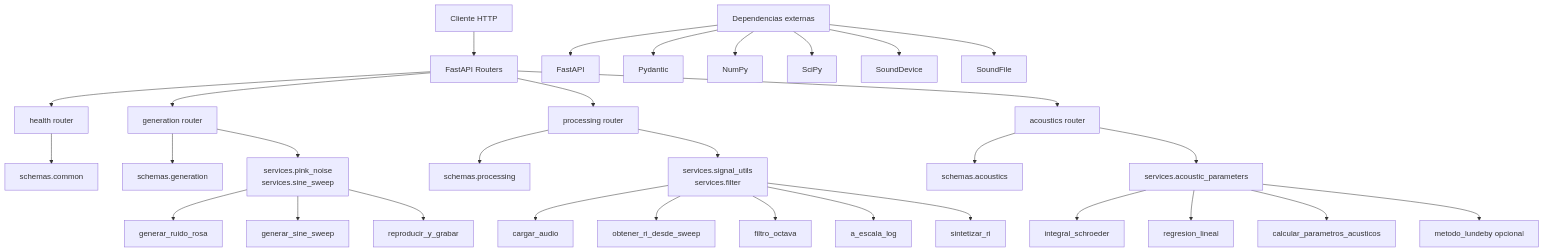
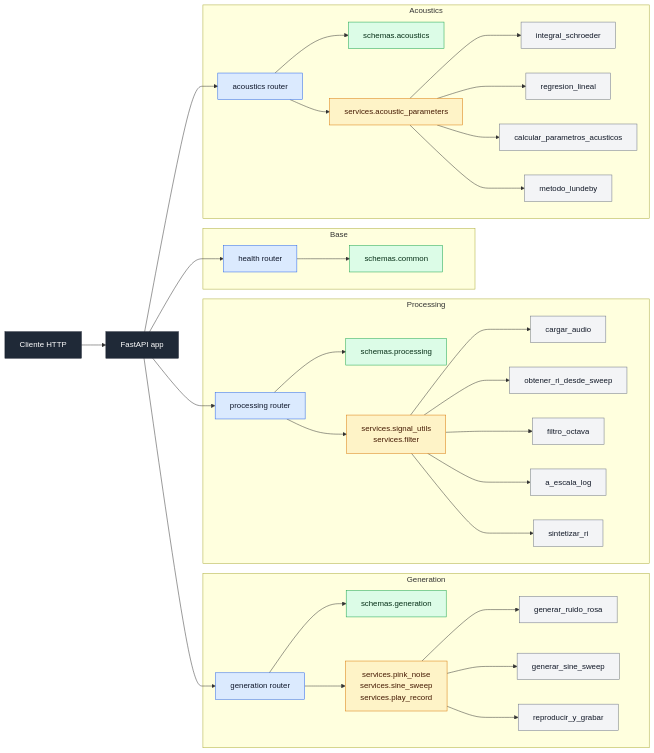
The diagram in README.md (nahueRosso/rir-api), drawn with Mermaid before and after one commit. The commit also changed other lines of this file, not shown here.

````diff
--- a/README.md
+++ b/README.md
@@ -135,40 +161,81 @@
 ```mermaid
-graph TD
-    C[Cliente HTTP] --> R[FastAPI Routers]
-
-    R --> RH[health router]
-    R --> RG[generation router]
-    R --> RP[processing router]
-    R --> RA[acoustics router]
-
-    RH --> SCHC[schemas.common]
-    RG --> SCHG[schemas.generation]
-    RP --> SCHP[schemas.processing]
-    RA --> SCHA[schemas.acoustics]
-
-    RG --> SG[services.pink_noise<br/>services.sine_sweep]
-    RP --> SP[services.signal_utils<br/>services.filter]
-    RA --> SA[services.acoustic_parameters]
-
-    SG --> G1[generar_ruido_rosa]
-    SG --> G2[generar_sine_sweep]
-    SG --> G3[reproducir_y_grabar]
-
-    SP --> P1[cargar_audio]
-    SP --> P2[obtener_ri_desde_sweep]
-    SP --> P3[filtro_octava]
-    SP --> P4[a_escala_log]
-    SP --> P5[sintetizar_ri]
-
-    SA --> A1[integral_schroeder]
-    SA --> A2[regresion_lineal]
-    SA --> A3[calcular_parametros_acusticos]
-    SA --> A4[metodo_lundeby opcional]
-
-    D[Dependencias externas] --> F[FastAPI]
-    D --> PY[Pydantic]
-    D --> NP[NumPy]
-    D --> SC[SciPy]
-    D --> SD[SoundDevice]
-    D --> SF[SoundFile]
+flowchart LR
+    CLIENTE[Cliente HTTP]
+    API[FastAPI app]
+ 
+    CLIENTE --> API
+ 
+    subgraph BASE[Base]
+        RH[health router]
+        SCHC[schemas.common]
+        RH --> SCHC
+    end
+ 
+    subgraph GEN[Generation]
+        RG[generation router]
+        SCHG[schemas.generation]
+        SG[services.pink_noise<br/>services.sine_sweep<br/>services.play_record]
+        G1[generar_ruido_rosa]
+        G2[generar_sine_sweep]
+        G3[reproducir_y_grabar]
+ 
+        RG --> SCHG
+        RG --> SG
+        SG --> G1
+        SG --> G2
+        SG --> G3
+    end
+ 
+    subgraph PROC[Processing]
+        RP[processing router]
+        SCHP[schemas.processing]
+        SP[services.signal_utils<br/>services.filter]
+        P1[cargar_audio]
+        P2[obtener_ri_desde_sweep]
+        P3[filtro_octava]
+        P4[a_escala_log]
+        P5[sintetizar_ri]
+ 
+        RP --> SCHP
+        RP --> SP
+        SP --> P1
+        SP --> P2
+        SP --> P3
+        SP --> P4
+        SP --> P5
+    end
+ 
+    subgraph AC[Acoustics]
+        RA[acoustics router]
+        SCHA[schemas.acoustics]
+        SA[services.acoustic_parameters]
+        A1[integral_schroeder]
+        A2[regresion_lineal]
+        A3[calcular_parametros_acusticos]
+        A4[metodo_lundeby]
+ 
+        RA --> SCHA
+        RA --> SA
+        SA --> A1
+        SA --> A2
+        SA --> A3
+        SA --> A4
+    end
+ 
+    API --> RH
+    API --> RG
+    API --> RP
+    API --> RA
+ 
+    classDef entry fill:#1f2937,stroke:#111827,color:#ffffff
+    classDef router fill:#dbeafe,stroke:#2563eb,color:#0f172a
+    classDef schema fill:#dcfce7,stroke:#16a34a,color:#052e16
+    classDef service fill:#fef3c7,stroke:#d97706,color:#451a03
+    classDef fn fill:#f3f4f6,stroke:#6b7280,color:#111827
+ 
+    class CLIENTE,API entry
+    class RH,RG,RP,RA router
+    class SCHC,SCHG,SCHP,SCHA schema
+    class SG,SP,SA service
+    class G1,G2,G3,P1,P2,P3,P4,P5,A1,A2,A3,A4 fn
 ```
````
